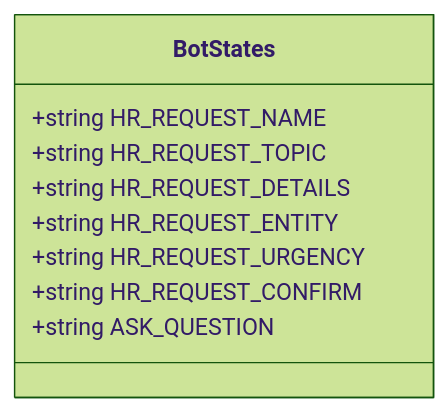
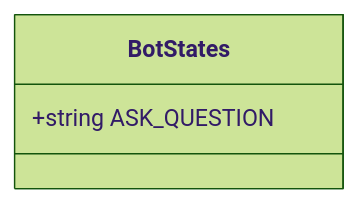
Before and after one commit to ognelis/cafetera_hr_bot: the third of 10 diagrams in .qoder/repowiki/en/content/State Management.md, drawn with Mermaid (forest theme). The commit also changed other lines of this file and 16 other files, not shown here.

````diff
--- a/.qoder/repowiki/en/content/State Management.md
+++ b/.qoder/repowiki/en/content/State Management.md
@@ -146,12 +146,6 @@
 ```mermaid
 classDiagram
 class BotStates {
-+string HR_REQUEST_NAME
-+string HR_REQUEST_TOPIC
-+string HR_REQUEST_DETAILS
-+string HR_REQUEST_ENTITY
-+string HR_REQUEST_URGENCY
-+string HR_REQUEST_CONFIRM
 +string ASK_QUESTION
 }
 ```
````
